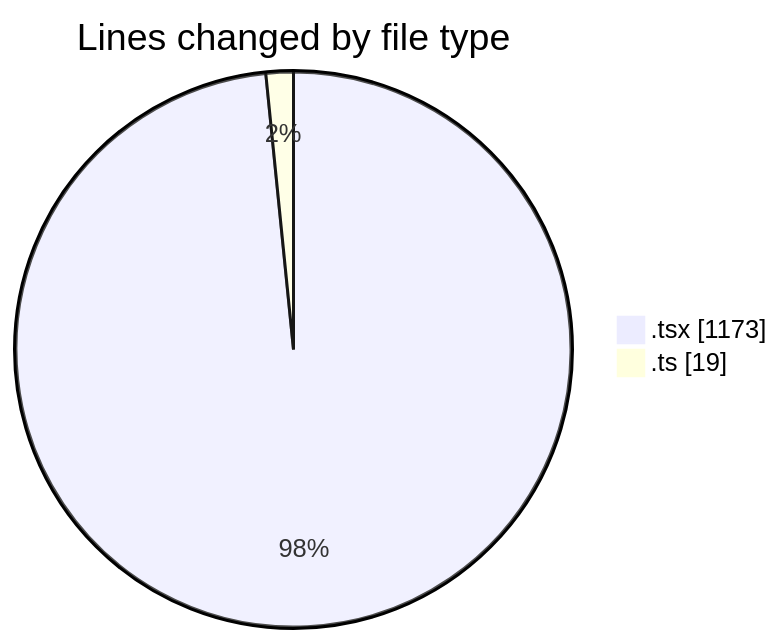
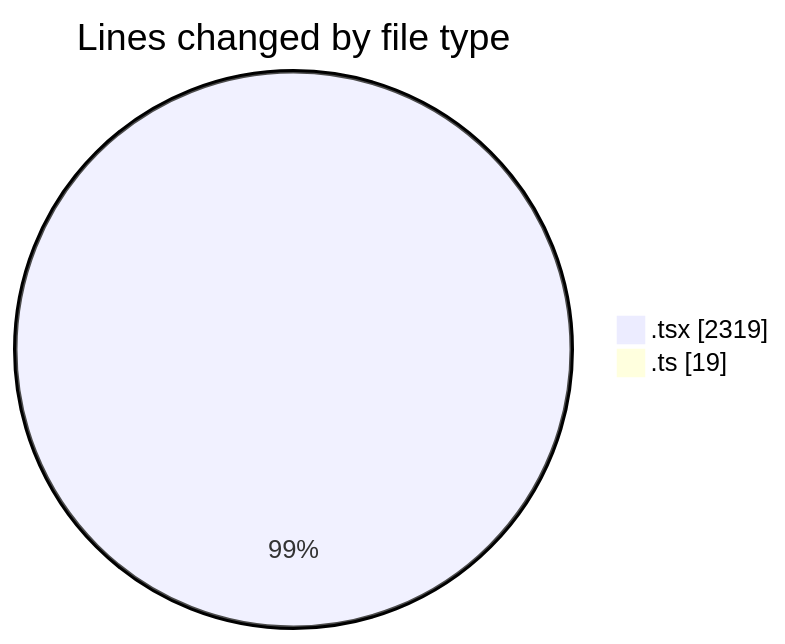
One commit to nxtqubesakshisongat/code-tracking changed the first of 2 diagrams in 2026-05-17/nxtqube_webapp/README.md. Above: the diagram before and after it, drawn with Mermaid. The commit also changed other lines of this file and 1 other file, not shown here.

````diff
--- a/2026-05-17/nxtqube_webapp/README.md
+++ b/2026-05-17/nxtqube_webapp/README.md
@@ -21,6 +22,6 @@
 ```mermaid
 pie showData
 title Lines changed by file type
-".tsx" : 1173
+".tsx" : 2319
 ".ts" : 19
 ```
````
